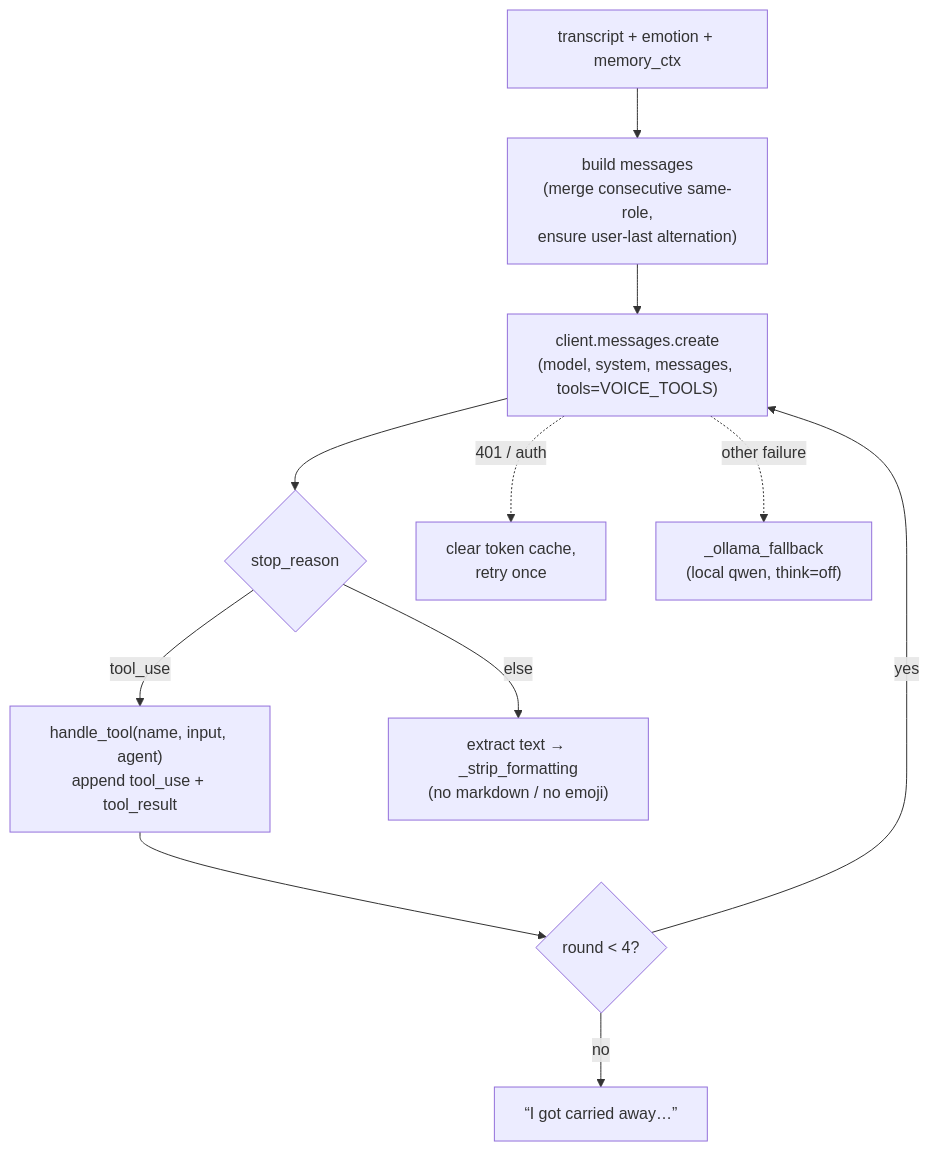
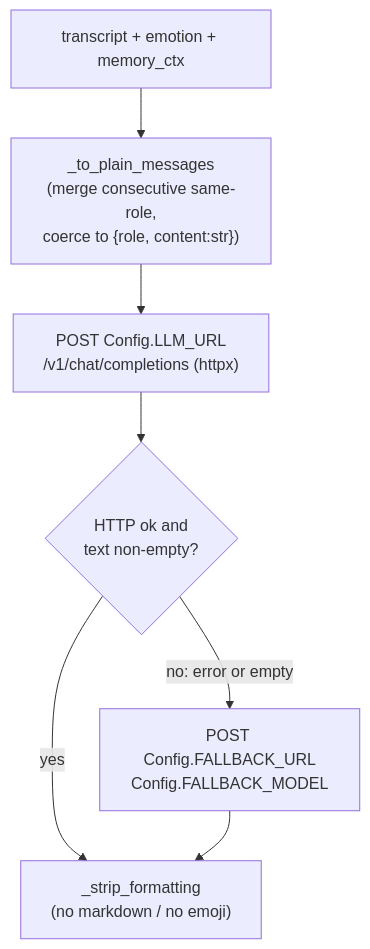
One commit to smilinTux/skvoice changed the fifth of 7 diagrams in docs/ARCHITECTURE.md. Above: the diagram before and after it, drawn with Mermaid. The commit also changed other lines of this file and 11 other files, not shown here.

````diff
--- a/docs/ARCHITECTURE.md
+++ b/docs/ARCHITECTURE.md
@@ -212,13 +203,9 @@
 ```mermaid
 flowchart TD
-    IN["transcript + emotion + memory_ctx"] --> MSG["build messages<br/>(merge consecutive same-role,<br/>ensure user-last alternation)"]
-    MSG --> CALL["client.messages.create<br/>(model, system, messages, tools=VOICE_TOOLS)"]
-    CALL --> SR{stop_reason}
-    SR -->|tool_use| EXEC["handle_tool(name, input, agent)<br/>append tool_use + tool_result"]
-    EXEC --> RND{"round < 4?"}
-    RND -->|yes| CALL
-    RND -->|no| GIVEUP["“I got carried away…”"]
-    SR -->|else| TXT["extract text → _strip_formatting<br/>(no markdown / no emoji)"]
-    CALL -.->|"401 / auth"| REFRESH["clear token cache,<br/>retry once"]
-    CALL -.->|"other failure"| OLLAMA["_ollama_fallback<br/>(local qwen, think=off)"]
+    IN["transcript + emotion + memory_ctx"] --> MSG["_to_plain_messages<br/>(merge consecutive same-role,<br/>coerce to {role, content:str})"]
+    MSG --> CALL["POST Config.LLM_URL<br/>/v1/chat/completions (httpx)"]
+    CALL --> OK{"HTTP ok and<br/>text non-empty?"}
+    OK -->|yes| TXT["_strip_formatting<br/>(no markdown / no emoji)"]
+    OK -->|"no: error or empty"| FB["POST Config.FALLBACK_URL<br/>Config.FALLBACK_MODEL"]
+    FB --> TXT
 ```
````
